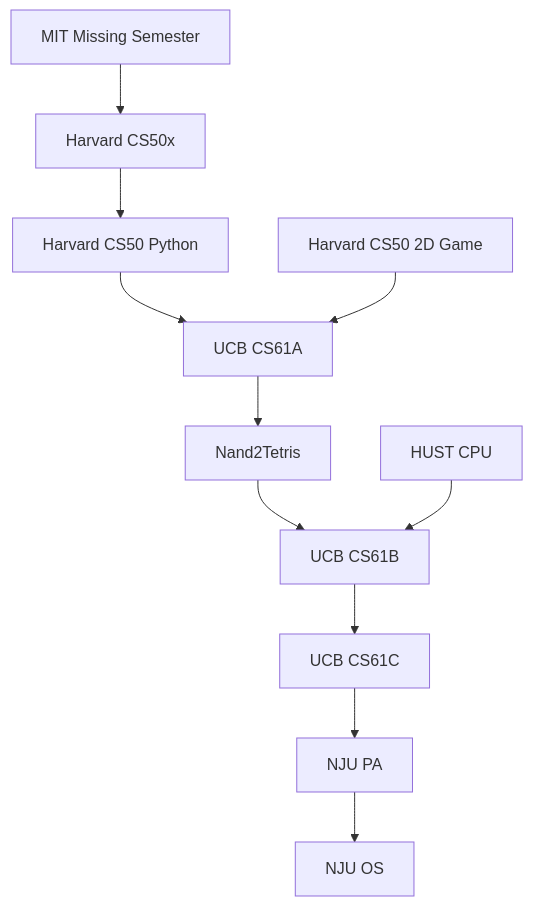
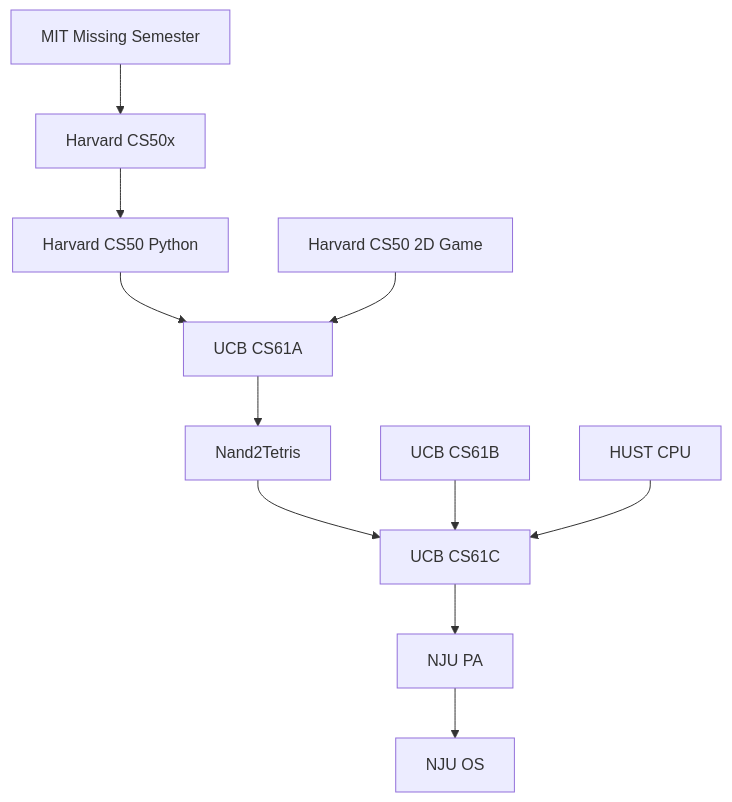
Before and after one commit to csfive/home: the diagram in index.md, drawn with Mermaid. The commit also changed 1 other file, not shown here.

````diff
--- a/index.md
+++ b/index.md
@@ -5,15 +5,18 @@
 ```mermaid
 flowchart TD
       A[MIT Missing Semester] --> B[Harvard CS50x]
+
       B --> C[Harvard CS50 Python]
+
       C --> E[UCB CS61A]
       D[Harvard CS50 2D Game] --> E
 
       E --> F[Nand2Tetris]
-      F --> H[UCB CS61B]
-      G[HUST CPU] --> H
 
-      H --> J[UCB CS61C]
+      F --> J[UCB CS61C]
+      G[UCB CS61B] --> J
+      H[HUST CPU] --> J
+
       J --> K[NJU PA]
       K --> L[NJU OS]
 ```
````
